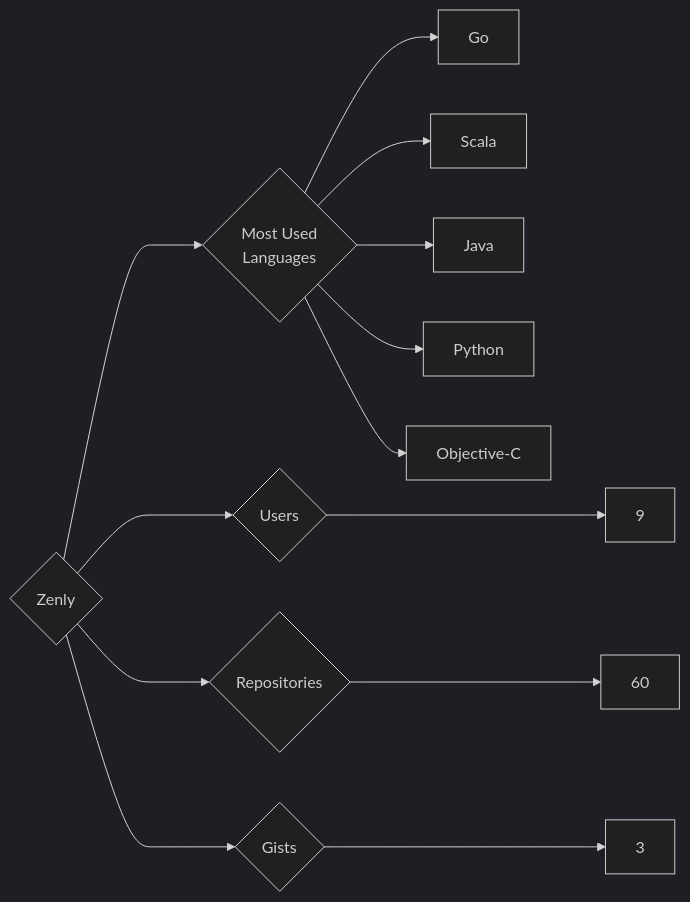
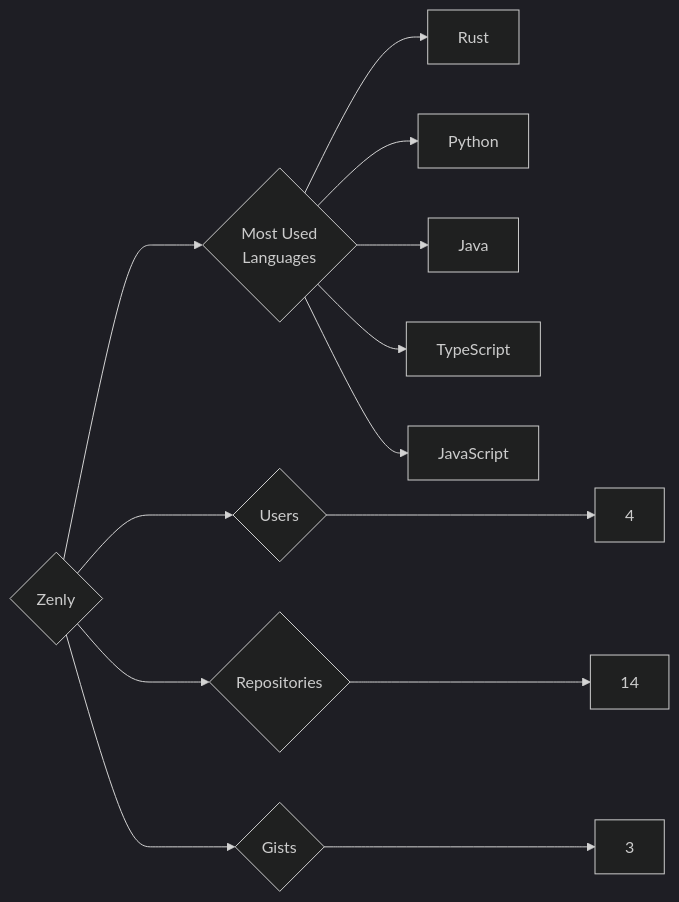
Before and after one commit to trickest/insiders: the diagram in targets/Zenly/README.md, drawn with Mermaid (dark theme). The commit also changed 1696 other files, not shown here.

````diff
--- a/targets/Zenly/README.md
+++ b/targets/Zenly/README.md
@@ -3,13 +3,13 @@
 ```mermaid
 graph LR
 COMPANY_NAME{Zenly}
-COMPANY_NAME ---> U{Users} ---> UN[9]
-COMPANY_NAME ---> R{Repositories} ---> RN[60]
+COMPANY_NAME ---> U{Users} ---> UN[4]
+COMPANY_NAME ---> R{Repositories} ---> RN[14]
 COMPANY_NAME ---> G{Gists} ---> GN[3]
 COMPANY_NAME ---> ML{Most Used<br>Languages}
-ML --> Go[Go]
-ML --> Scala[Scala]
+ML --> Rust[Rust]
+ML --> Python[Python]
 ML --> Java[Java]
-ML --> Python[Python]
-ML --> Objective-C[Objective-C]
+ML --> TypeScript[TypeScript]
+ML --> JavaScript[JavaScript]
 ```
````
